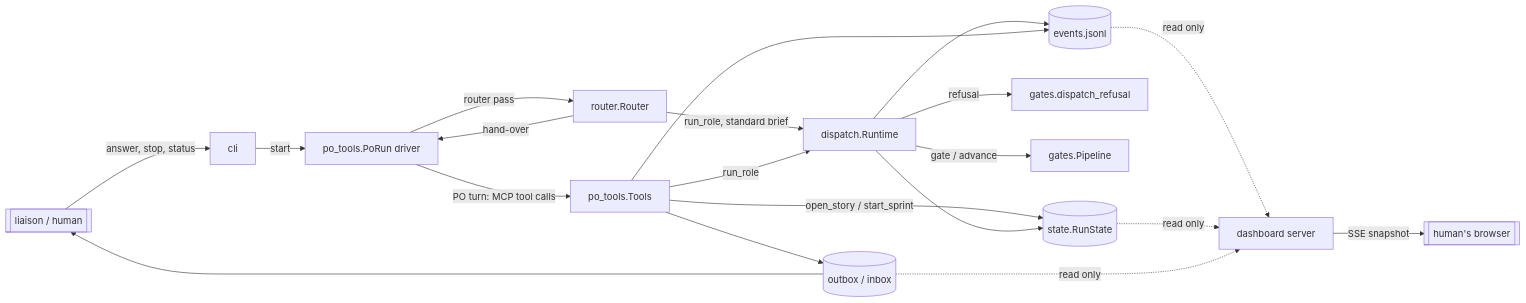
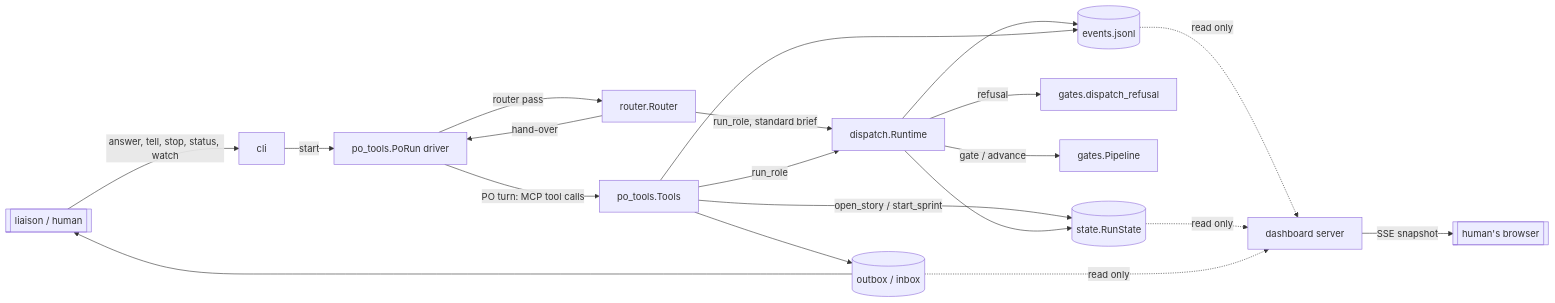
Before and after one commit to devnu11/claude-skills: the first of 5 diagrams in agile-team/docs/architecture.md, drawn with Mermaid. The commit also changed other lines of this file and 8 other files, not shown here.

````diff
--- a/agile-team/docs/architecture.md
+++ b/agile-team/docs/architecture.md
@@ -78,22 +80,22 @@
 ```mermaid
 flowchart LR
-  liaison[[liaison / human]] -- answer, stop, status --> cli
+  liaison[[liaison / human]] -- answer, tell, stop, status, watch --> cli
   cli -- start --> po[po_tools.PoRun driver]
   po -- PO turn: MCP tool calls --> tools[po_tools.Tools]
   po -- router pass --> router[router.Router]
   router -- run_role, standard brief --> rt
   router -- hand-over --> po
   tools -- run_role --> rt[dispatch.Runtime]
   tools -- open_story / start_sprint --> st[(state.RunState)]
   rt -- refusal --> gates[gates.dispatch_refusal]
   rt -- gate / advance --> pipe[gates.Pipeline]
   rt --> st
   rt --> ev[(events.jsonl)]
   tools --> ev
   tools --> relay[(outbox / inbox)]
   relay --> liaison
   ev -. read only .-> dash[dashboard server]
   st -. read only .-> dash
   relay -. read only .-> dash
   dash -- SSE snapshot --> browser[[human's browser]]
 ```
````
